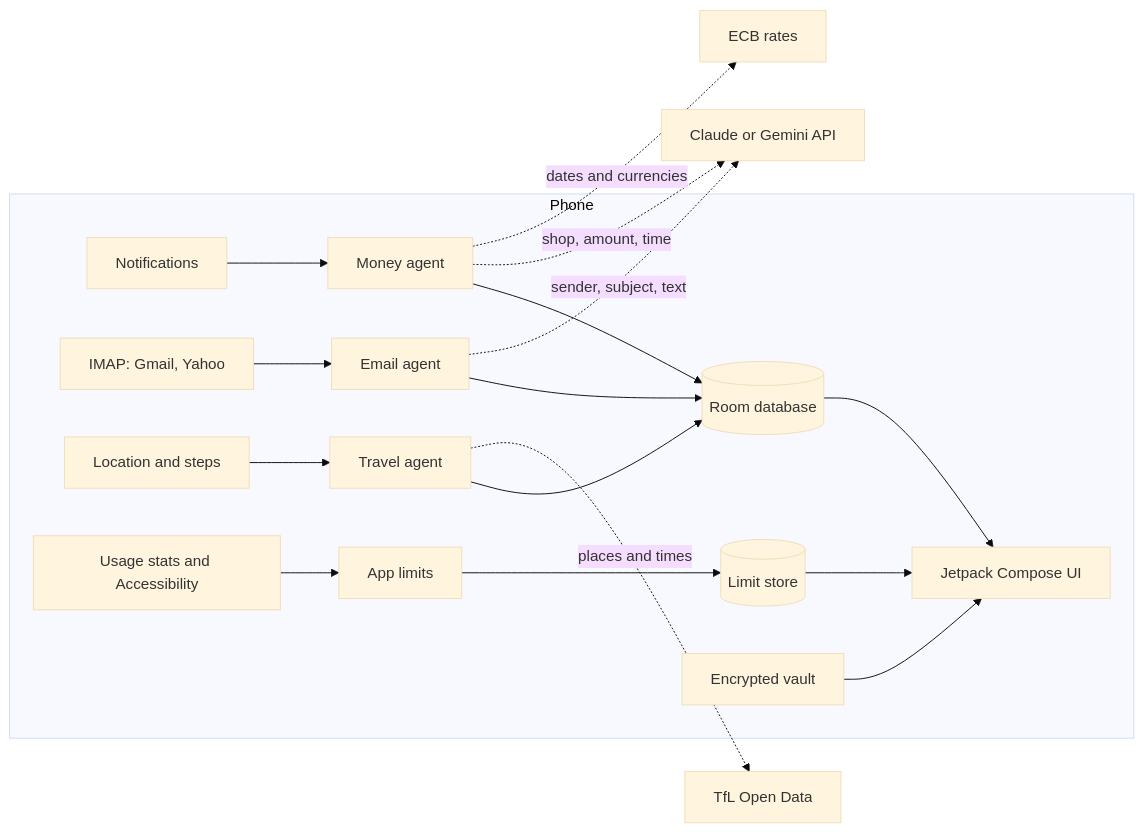
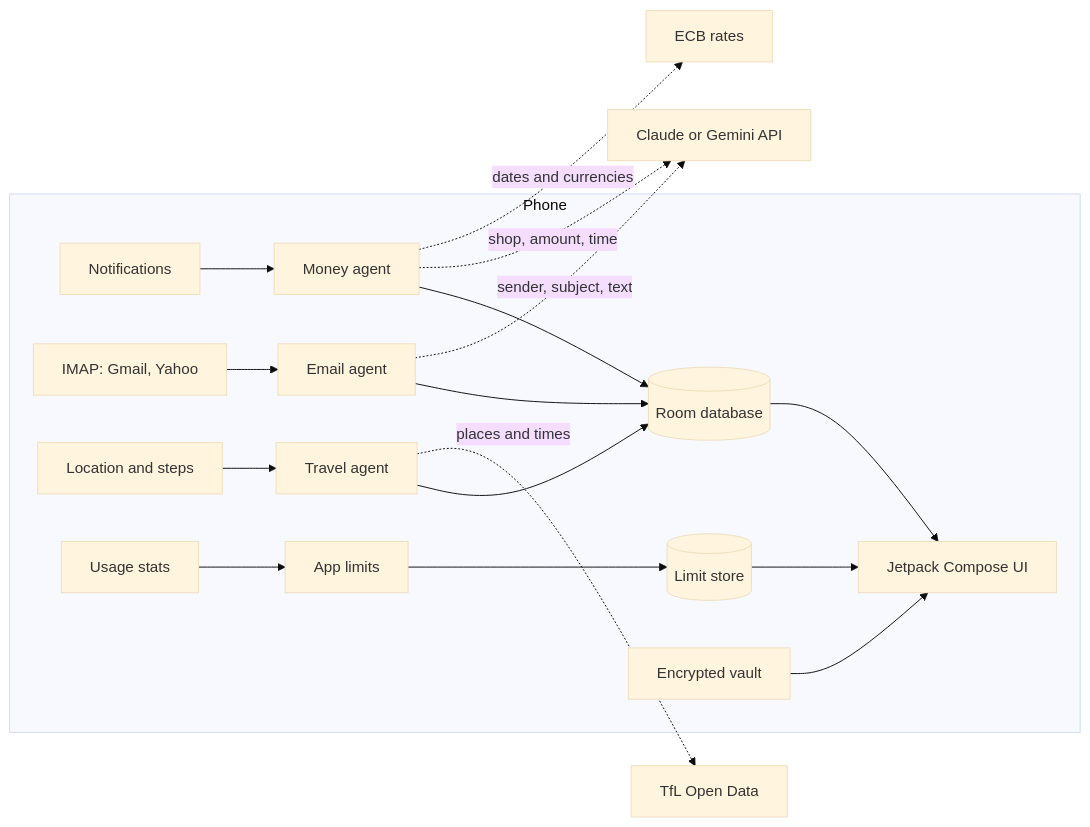
One commit to ash1009/DoubleOBroke changed the diagram in README.md. Above: the diagram before and after it, drawn with Mermaid (base theme). The commit also changed other lines of this file and 16 other files, not shown here.

First line of the commit message:
App limits without Accessibility

````diff
--- a/README.md
+++ b/README.md
@@ -57,17 +57,17 @@
 ```mermaid
 flowchart LR
     subgraph Phone
         N[Notifications] --> M[Money agent]
         I[IMAP: Gmail, Yahoo] --> E[Email agent]
         L[Location and steps] --> T[Travel agent]
-        U[Usage stats and Accessibility] --> A[App limits]
+        U[Usage stats] --> A[App limits]
         M & E & T --> DB[(Room database)]
         A --> S[(Limit store)]
         V[Encrypted vault]
         DB & S & V --> UI[Jetpack Compose UI]
     end
     M -. shop, amount, time .-> AI[Claude or Gemini API]
     E -. sender, subject, text .-> AI
     T -. places and times .-> TFL[TfL Open Data]
     M -. dates and currencies .-> FX[ECB rates]
 ```
````
